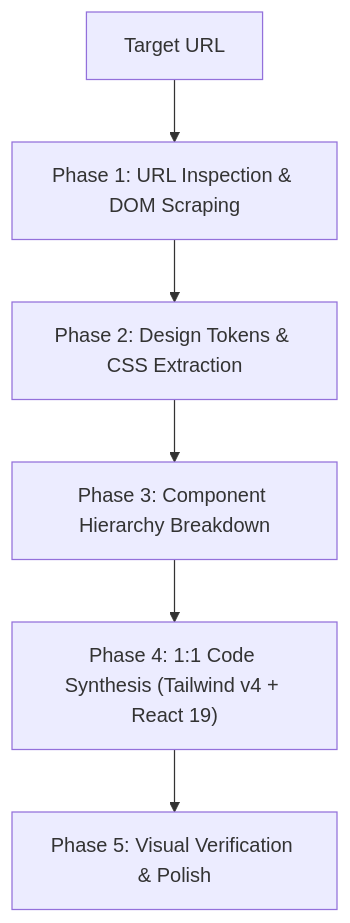
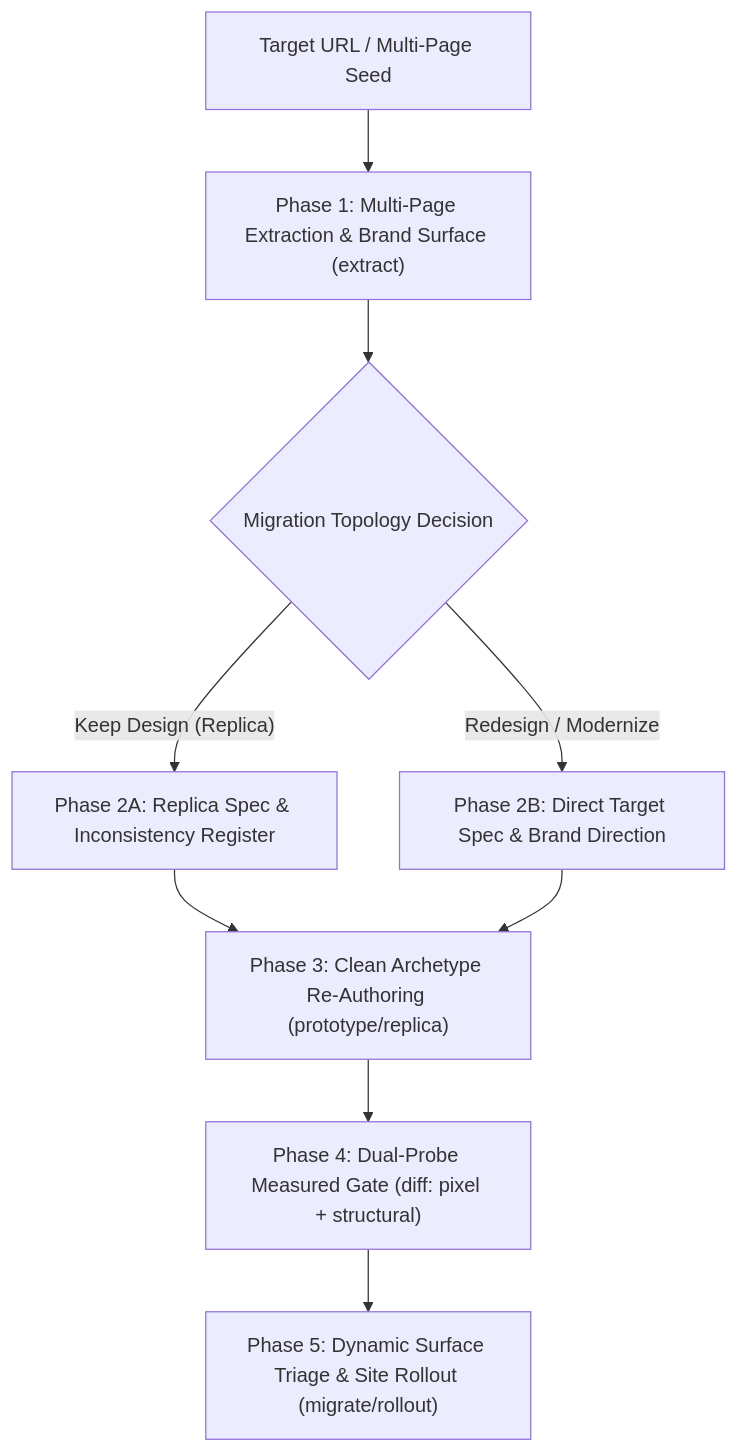
Before and after one commit to roedyrustam/vibes-plug: the first of 2 diagrams in skills/website-design-cloner/SKILL.md, drawn with Mermaid. The commit also changed other lines of this file and 4 other files, not shown here.

````diff
--- a/skills/website-design-cloner/SKILL.md
+++ b/skills/website-design-cloner/SKILL.md
@@ -51,8 +57,11 @@
 ```mermaid
 graph TD
-    A["Target URL"] --> B["Phase 1: URL Inspection & DOM Scraping"]
-    B --> C["Phase 2: Design Tokens & CSS Extraction"]
-    C --> D["Phase 3: Component Hierarchy Breakdown"]
-    D --> E["Phase 4: 1:1 Code Synthesis (Tailwind v4 + React 19)"]
-    E --> F["Phase 5: Visual Verification & Polish"]
+    A["Target URL / Multi-Page Seed"] --> B["Phase 1: Multi-Page Extraction & Brand Surface (extract)"]
+    B --> C{"Migration Topology Decision"}
+    C -->|"Keep Design (Replica)"| D["Phase 2A: Replica Spec & Inconsistency Register"]
+    C -->|"Redesign / Modernize"| E["Phase 2B: Direct Target Spec & Brand Direction"]
+    D --> F["Phase 3: Clean Archetype Re-Authoring (prototype/replica)"]
+    E --> F
+    F --> G["Phase 4: Dual-Probe Measured Gate (diff: pixel + structural)"]
+    G --> H["Phase 5: Dynamic Surface Triage & Site Rollout (migrate/rollout)"]
 ```
````
